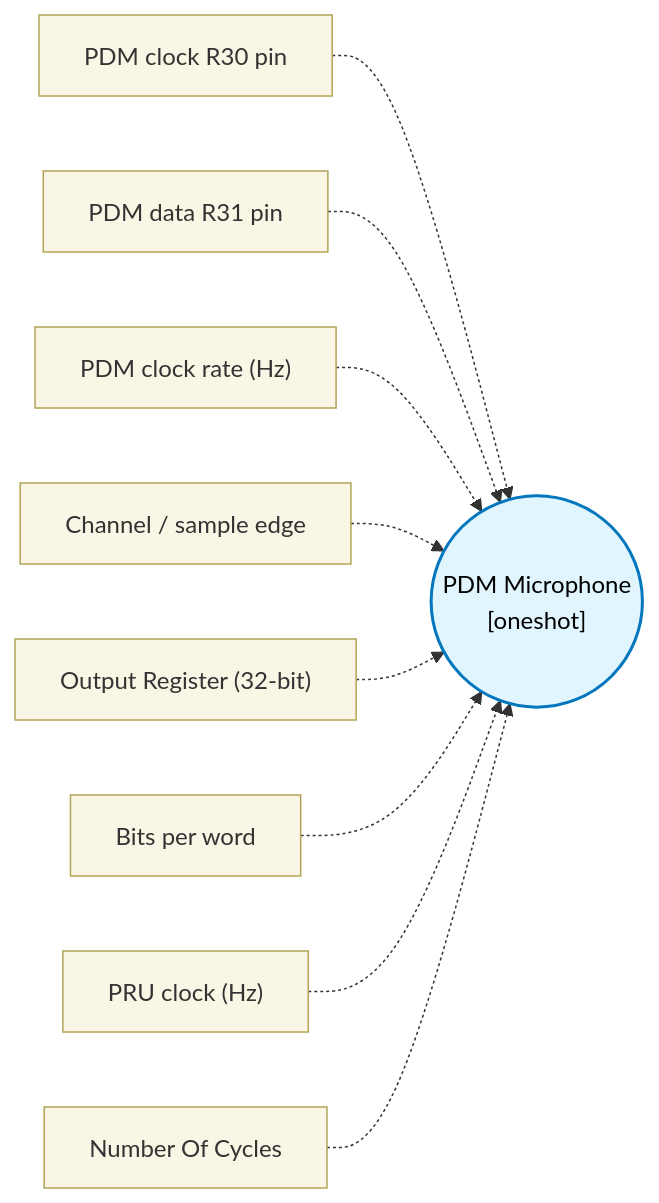
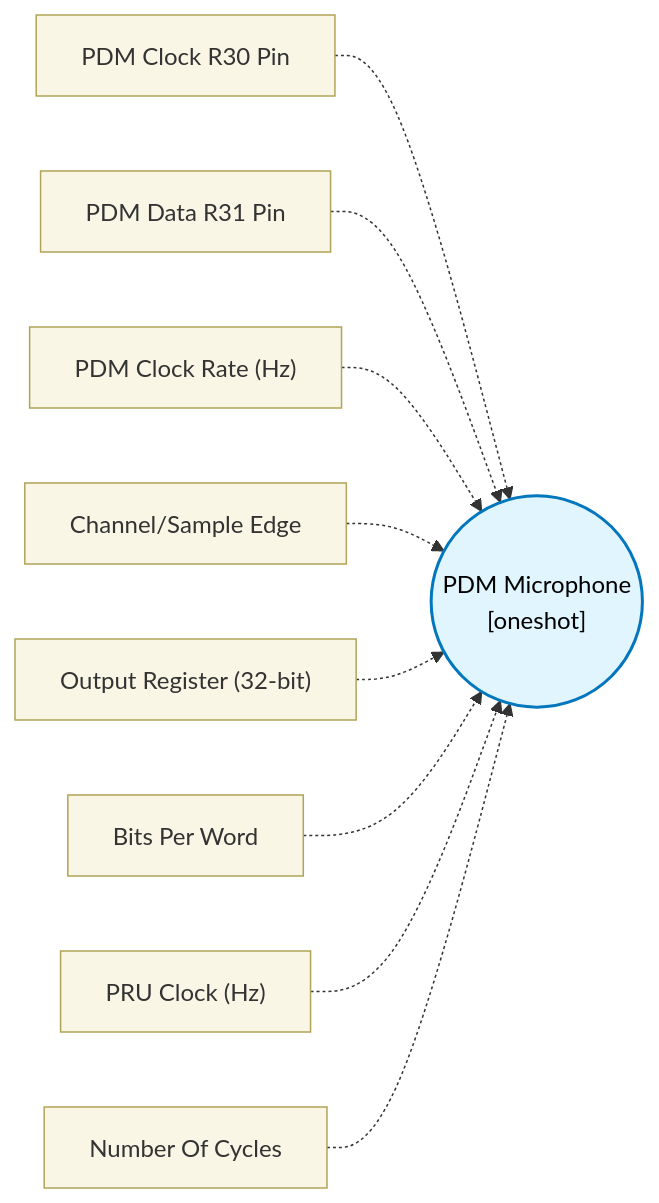
The diagram in docs/block-reference/blocks/pdm_block/design.md (TexasInstruments/pru-no-code-tool), drawn with Mermaid before and after one commit. The commit also changed other lines of this file and 89 other files, not shown here.

````diff
--- a/docs/block-reference/blocks/pdm_block/design.md
+++ b/docs/block-reference/blocks/pdm_block/design.md
@@ -11,14 +11,14 @@
 ```mermaid
 flowchart LR
   classDef config fill:#f9f6e5,stroke:#b1a457,stroke-width:1px,color:#333;
   classDef core fill:#e1f5fe,stroke:#0277bd,stroke-width:2px,color:#000;
   CORE(("PDM Microphone\n[oneshot]")):::core
-  CFG0["PDM clock R30 pin"]:::config -.-> CORE
-  CFG1["PDM data R31 pin"]:::config -.-> CORE
-  CFG2["PDM clock rate (Hz)"]:::config -.-> CORE
-  CFG3["Channel / sample edge"]:::config -.-> CORE
+  CFG0["PDM Clock R30 Pin"]:::config -.-> CORE
+  CFG1["PDM Data R31 Pin"]:::config -.-> CORE
+  CFG2["PDM Clock Rate (Hz)"]:::config -.-> CORE
+  CFG3["Channel/Sample Edge"]:::config -.-> CORE
   CFG4["Output Register (32-bit)"]:::config -.-> CORE
-  CFG5["Bits per word"]:::config -.-> CORE
-  CFG6["PRU clock (Hz)"]:::config -.-> CORE
+  CFG5["Bits Per Word"]:::config -.-> CORE
+  CFG6["PRU Clock (Hz)"]:::config -.-> CORE
   CFG7["Number Of Cycles"]:::config -.-> CORE
 ```
````
